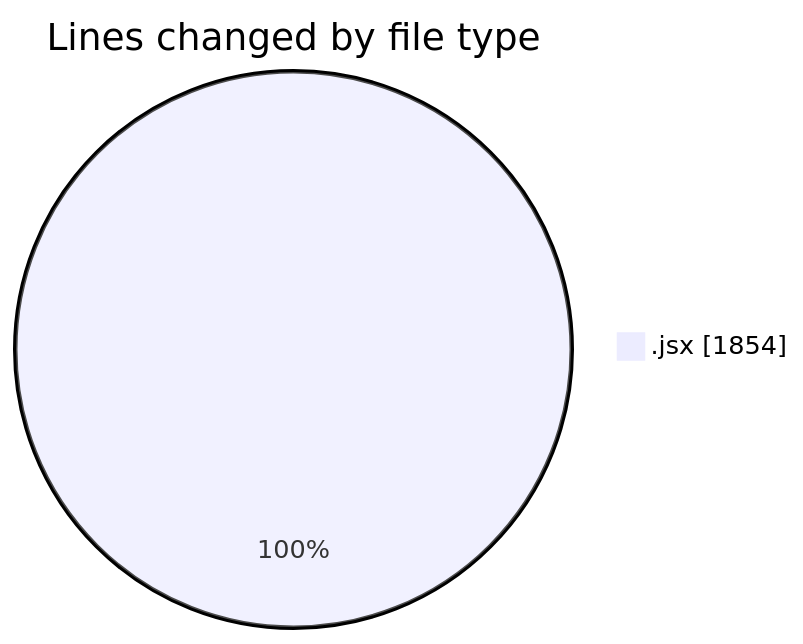
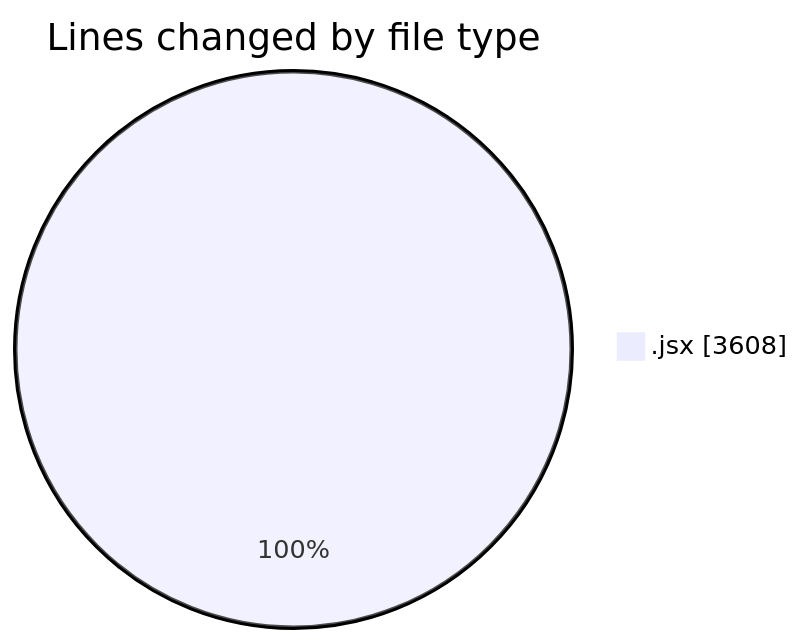
One commit to nxtqubesakshisongat/code-tracking changed the first of 2 diagrams in 2025-06-14/nxtqube_webapp/README.md. Above: the diagram before and after it, drawn with Mermaid. The commit also changed other lines of this file and 1 other file, not shown here.

````diff
--- a/2025-06-14/nxtqube_webapp/README.md
+++ b/2025-06-14/nxtqube_webapp/README.md
@@ -24,5 +25,5 @@
 ```mermaid
 pie showData
 title Lines changed by file type
-".jsx" : 1854
+".jsx" : 3608
 ```
````
